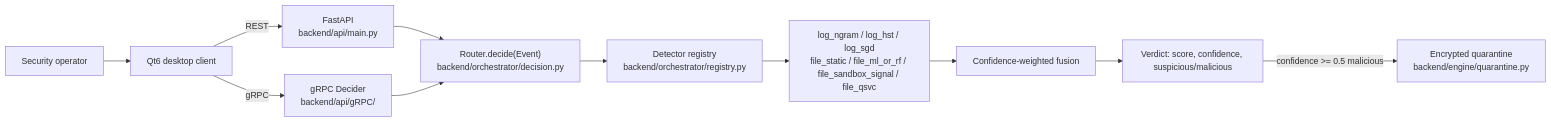
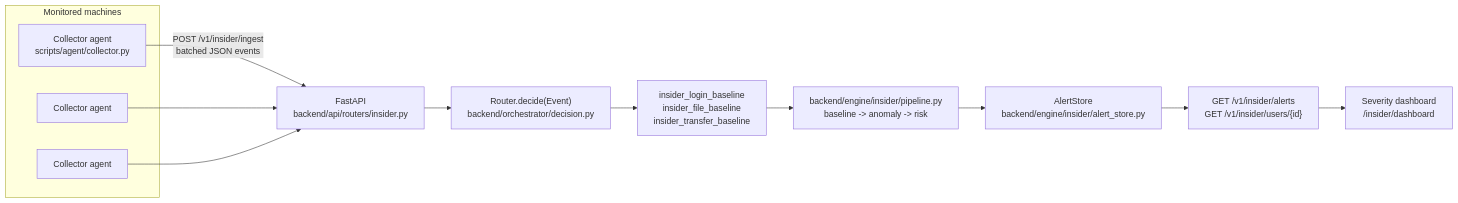
One commit to Wahid7852/rakshak changed the diagram in hackathon/technical-approach.md. Above: the diagram before and after it, drawn with Mermaid. The commit also changed other lines of this file and 2 other files, not shown here.

Commit message:
hackathon: repoint docs at PS1 insider-threat theme

````diff
--- a/hackathon/technical-approach.md
+++ b/hackathon/technical-approach.md
@@ -5,13 +5,17 @@
 ```mermaid
 flowchart LR
-    Operator["Security operator"] --> Qt["Qt6 desktop client"]
-    Qt -->|REST| HTTP["FastAPI<br/>backend/api/main.py"]
-    Qt -->|gRPC| GRPC["gRPC Decider<br/>backend/api/gRPC/"]
-    HTTP --> Router["Router.decide(Event)<br/>backend/orchestrator/decision.py"]
-    GRPC --> Router
-    Router --> Registry["Detector registry<br/>backend/orchestrator/registry.py"]
-    Registry --> Detectors["log_ngram / log_hst / log_sgd<br/>file_static / file_ml_or_rf / file_sandbox_signal / file_qsvc"]
-    Detectors --> Fuse["Confidence-weighted fusion"]
-    Fuse --> Verdict["Verdict: score, confidence, suspicious/malicious"]
-    Verdict -->|confidence >= 0.5 malicious| Quarantine["Encrypted quarantine<br/>backend/engine/quarantine.py"]
+    subgraph Monitored machines
+        A1["Collector agent<br/>scripts/agent/collector.py"]
+        A2["Collector agent"]
+        A3["Collector agent"]
+    end
+    A1 -->|"POST /v1/insider/ingest<br/>batched JSON events"| API["FastAPI<br/>backend/api/routers/insider.py"]
+    A2 --> API
+    A3 --> API
+    API --> Router["Router.decide(Event)<br/>backend/orchestrator/decision.py"]
+    Router --> Registry["insider_login_baseline<br/>insider_file_baseline<br/>insider_transfer_baseline"]
+    Registry --> Pipeline["backend/engine/insider/pipeline.py<br/>baseline -> anomaly -> risk"]
+    Pipeline --> Store["AlertStore<br/>backend/engine/insider/alert_store.py"]
+    Store --> Alerts["GET /v1/insider/alerts<br/>GET /v1/insider/users/{id}"]
+    Alerts --> Dash["Severity dashboard<br/>/insider/dashboard"]
 ```
````
